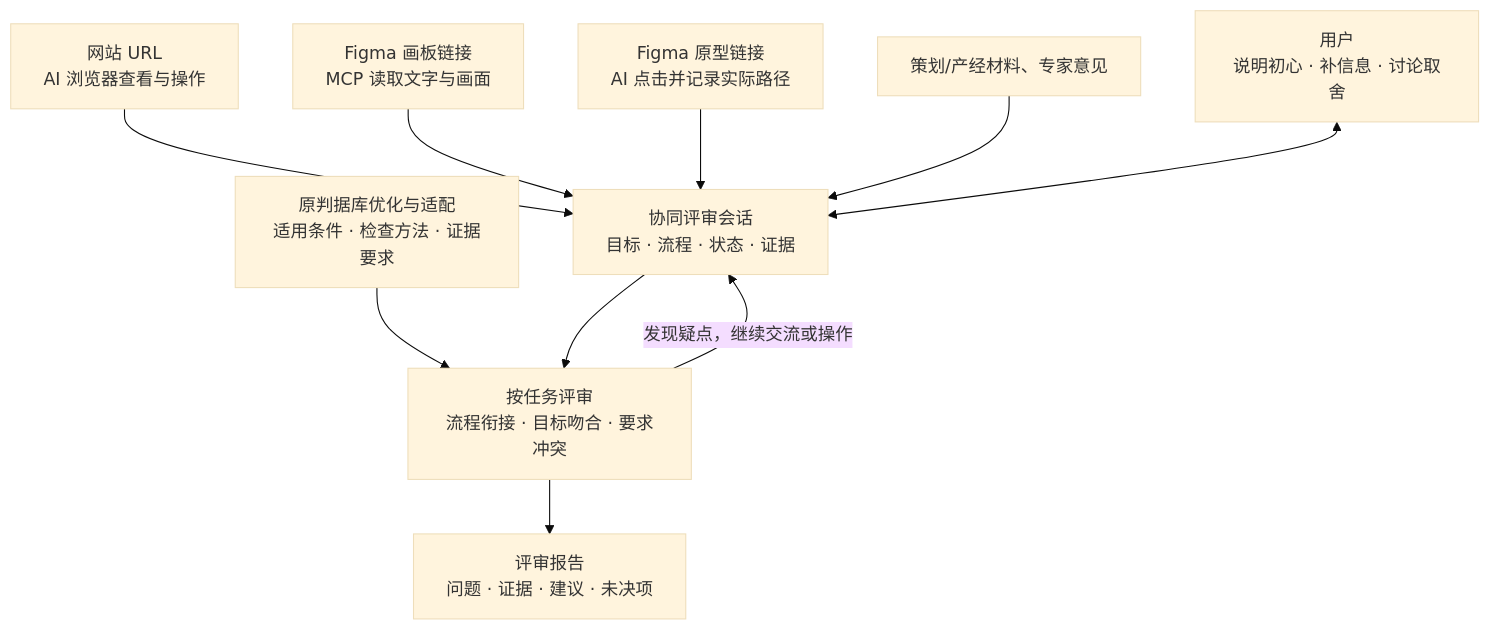
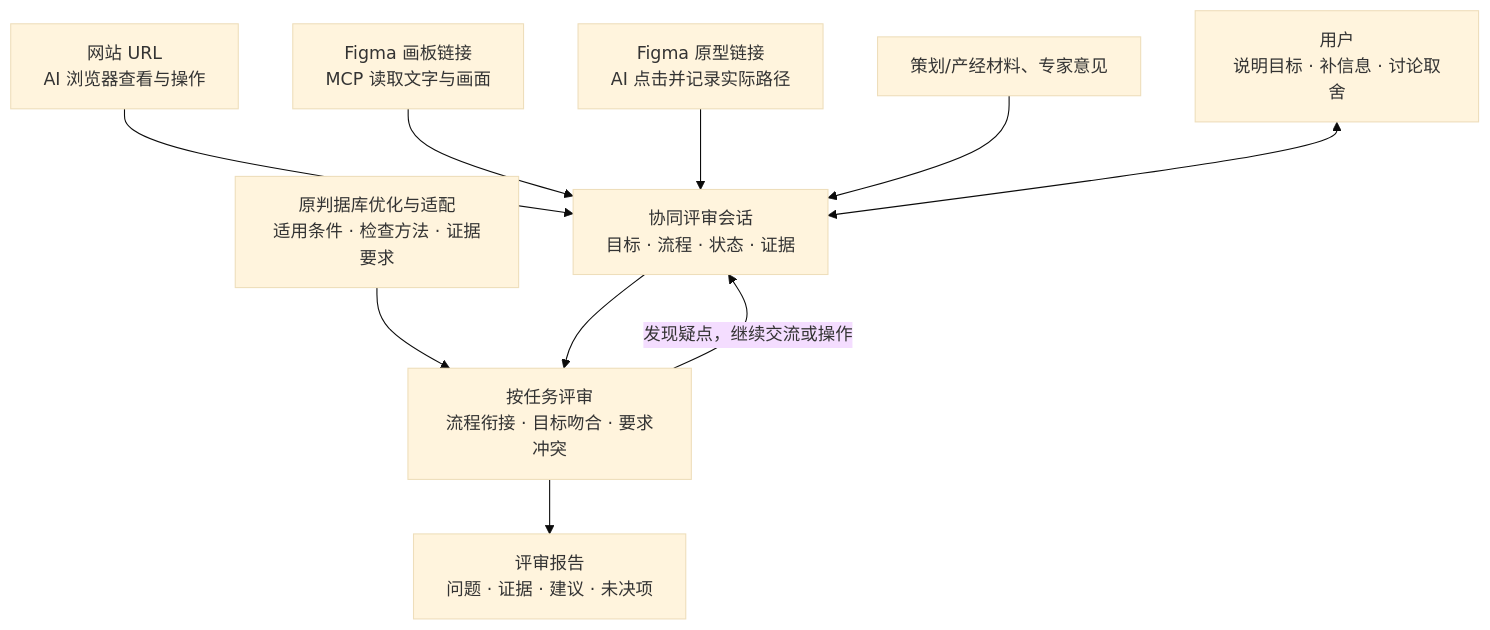
The diagram in README.md (disordering/design-research-skill), drawn with Mermaid (base theme) before and after one commit. The commit also changed other lines of this file, not shown here.

````diff
--- a/README.md
+++ b/README.md
@@ -17,12 +17,12 @@
 ```mermaid
 flowchart TB
     W["网站 URL<br/>AI 浏览器查看与操作"] --> S["协同评审会话<br/>目标 · 流程 · 状态 · 证据"]
     F["Figma 画板链接<br/>MCP 读取文字与画面"] --> S
     P["Figma 原型链接<br/>AI 点击并记录实际路径"] --> S
     M["策划/产经材料、专家意见"] --> S
-    U["用户<br/>说明初心 · 补信息 · 讨论取舍"] <--> S
+    U["用户<br/>说明目标 · 补信息 · 讨论取舍"] <--> S
     K["原判据库优化与适配<br/>适用条件 · 检查方法 · 证据要求"] --> J
     S --> J["按任务评审<br/>流程衔接 · 目标吻合 · 要求冲突"]
     J -->|"发现疑点，继续交流或操作"| S
     J --> R["评审报告<br/>问题 · 证据 · 建议 · 未决项"]
 ```
````
